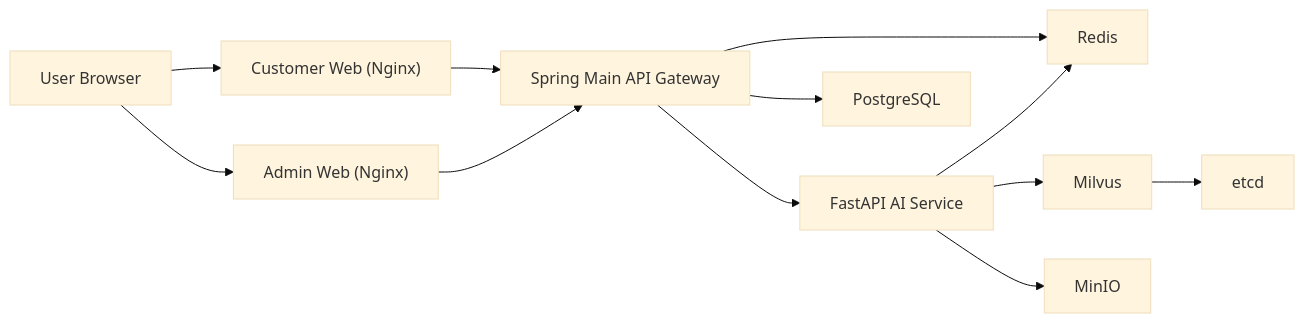
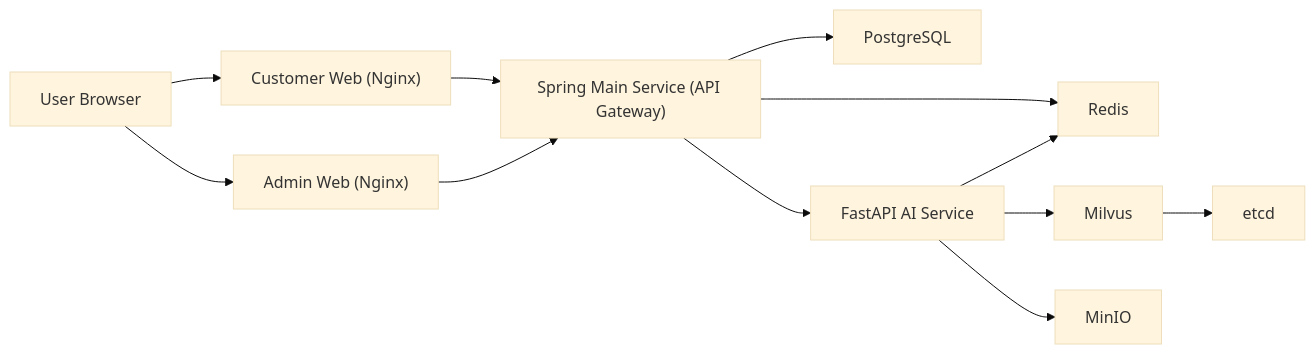
One commit to yangbun-GIT/ChemiLog changed the diagram in README.md. Above: the diagram before and after it, drawn with Mermaid (base theme). The commit also changed other lines of this file and 6 other files, not shown here.

````diff
--- a/README.md
+++ b/README.md
@@ -57,14 +61,17 @@
 ```mermaid
 flowchart LR
     U["User Browser"] --> CW["Customer Web (Nginx)"]
     U --> AW["Admin Web (Nginx)"]
-    CW --> SG["Spring Main API Gateway"]
+
+    CW --> SG["Spring Main Service (API Gateway)"]
     AW --> SG
-    SG --> FA["FastAPI AI Service"]
+
     SG --> PG["PostgreSQL"]
     SG --> RD["Redis"]
+    SG --> FA["FastAPI AI Service"]
+
     FA --> RD
     FA --> MV["Milvus"]
     FA --> MI["MinIO"]
     MV --> ET["etcd"]
 ```
````
